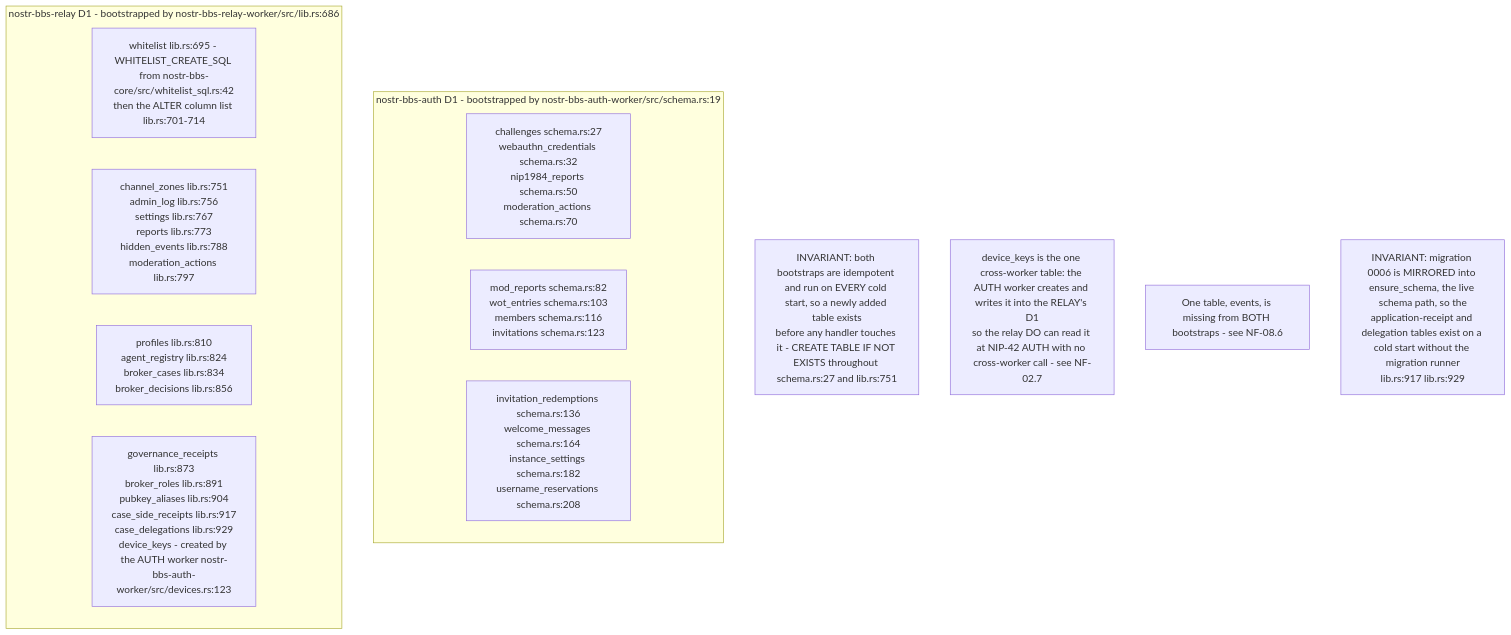
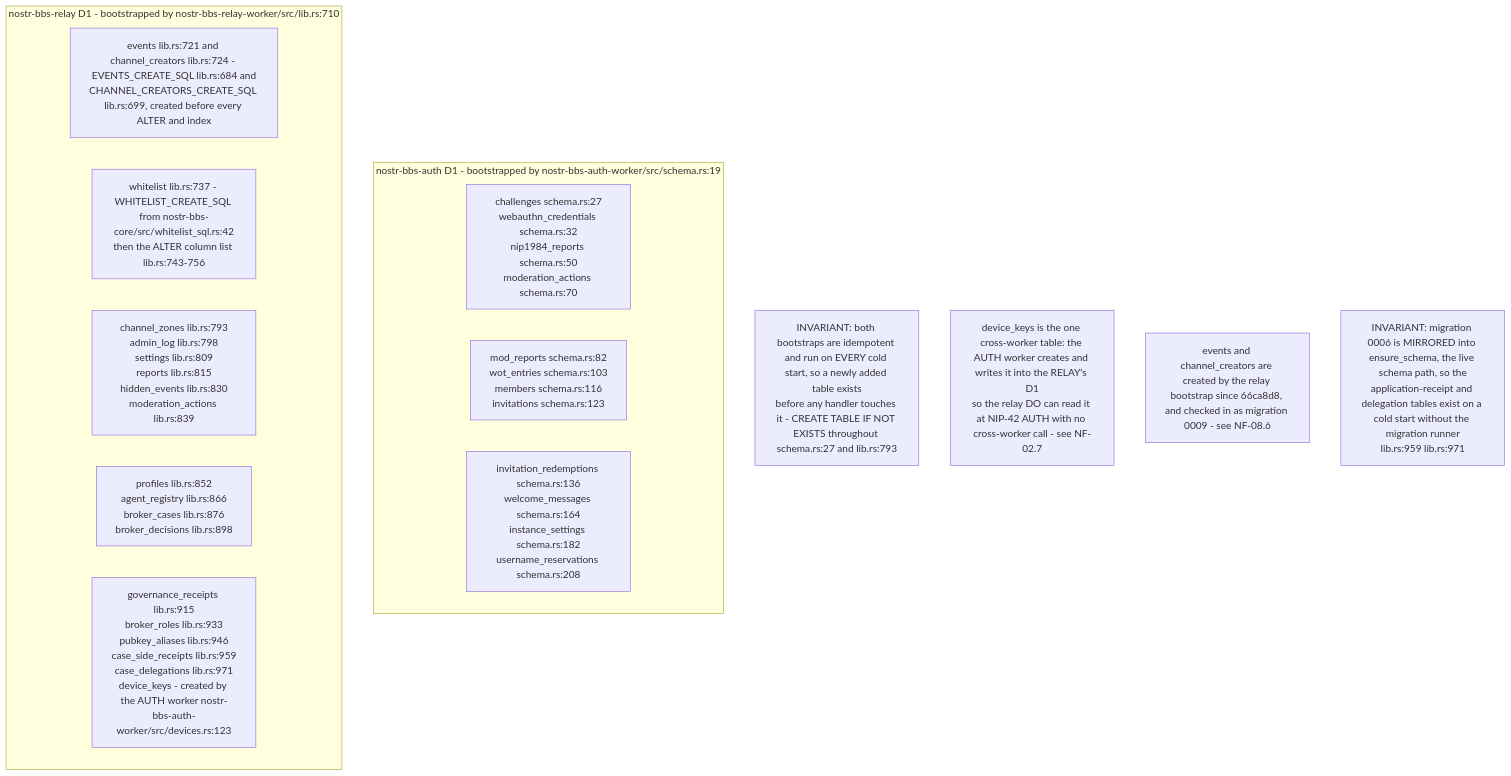
One commit to DreamLab-AI/VisionFlow changed the fifth of 9 diagrams in docs/diagrams/nostr-rust-forum/08-config-zones-stores-and-admin-authority.md. Above: the diagram before and after it, drawn with Mermaid. The commit also changed other lines of this file and 26 other files, not shown here.

First line of the commit message:
docs(diagrams): re-verify solid-pod-rs, nostr-rust-forum and visionclaw 22/36 against HEAD

````diff
--- a/docs/diagrams/nostr-rust-forum/08-config-zones-stores-and-admin-authority.md
+++ b/docs/diagrams/nostr-rust-forum/08-config-zones-stores-and-admin-authority.md
@@ -165,19 +167,20 @@
 ```mermaid
 flowchart TB
     subgraph authd1["nostr-bbs-auth D1 - bootstrapped by nostr-bbs-auth-worker/src/schema.rs:19"]
         A1["challenges schema.rs:27<br/>webauthn_credentials schema.rs:32<br/>nip1984_reports schema.rs:50<br/>moderation_actions schema.rs:70"]
         A2["mod_reports schema.rs:82<br/>wot_entries schema.rs:103<br/>members schema.rs:116<br/>invitations schema.rs:123"]
         A3["invitation_redemptions schema.rs:136<br/>welcome_messages schema.rs:164<br/>instance_settings schema.rs:182<br/>username_reservations schema.rs:208"]
     end
-    subgraph relayd1["nostr-bbs-relay D1 - bootstrapped by nostr-bbs-relay-worker/src/lib.rs:686"]
-        R0["whitelist lib.rs:695 - WHITELIST_CREATE_SQL from nostr-bbs-core/src/whitelist_sql.rs:42<br/>then the ALTER column list lib.rs:701-714"]
-        R1["channel_zones lib.rs:751<br/>admin_log lib.rs:756<br/>settings lib.rs:767<br/>reports lib.rs:773<br/>hidden_events lib.rs:788<br/>moderation_actions lib.rs:797"]
-        R2["profiles lib.rs:810<br/>agent_registry lib.rs:824<br/>broker_cases lib.rs:834<br/>broker_decisions lib.rs:856"]
-        R3["governance_receipts lib.rs:873<br/>broker_roles lib.rs:891<br/>pubkey_aliases lib.rs:904<br/>case_side_receipts lib.rs:917<br/>case_delegations lib.rs:929<br/>device_keys - created by the AUTH worker nostr-bbs-auth-worker/src/devices.rs:123"]
+    subgraph relayd1["nostr-bbs-relay D1 - bootstrapped by nostr-bbs-relay-worker/src/lib.rs:710"]
+        RE["events lib.rs:721 and channel_creators lib.rs:724 - EVENTS_CREATE_SQL lib.rs:684 and<br/>CHANNEL_CREATORS_CREATE_SQL lib.rs:699, created before every ALTER and index"]
+        R0["whitelist lib.rs:737 - WHITELIST_CREATE_SQL from nostr-bbs-core/src/whitelist_sql.rs:42<br/>then the ALTER column list lib.rs:743-756"]
+        R1["channel_zones lib.rs:793<br/>admin_log lib.rs:798<br/>settings lib.rs:809<br/>reports lib.rs:815<br/>hidden_events lib.rs:830<br/>moderation_actions lib.rs:839"]
+        R2["profiles lib.rs:852<br/>agent_registry lib.rs:866<br/>broker_cases lib.rs:876<br/>broker_decisions lib.rs:898"]
+        R3["governance_receipts lib.rs:915<br/>broker_roles lib.rs:933<br/>pubkey_aliases lib.rs:946<br/>case_side_receipts lib.rs:959<br/>case_delegations lib.rs:971<br/>device_keys - created by the AUTH worker nostr-bbs-auth-worker/src/devices.rs:123"]
     end
 
-    N1["INVARIANT: both bootstraps are idempotent and run on EVERY cold start, so a newly added table exists<br/>before any handler touches it - CREATE TABLE IF NOT EXISTS throughout schema.rs:27 and lib.rs:751"]
+    N1["INVARIANT: both bootstraps are idempotent and run on EVERY cold start, so a newly added table exists<br/>before any handler touches it - CREATE TABLE IF NOT EXISTS throughout schema.rs:27 and lib.rs:793"]
     N2["device_keys is the one cross-worker table: the AUTH worker creates and writes it into the RELAY's D1<br/>so the relay DO can read it at NIP-42 AUTH with no cross-worker call - see NF-02.7"]
-    N3["One table, events, is missing from BOTH bootstraps - see NF-08.6"]
-    N4["INVARIANT: migration 0006 is MIRRORED into ensure_schema, the live schema path, so the<br/>application-receipt and delegation tables exist on a cold start without the migration runner<br/>lib.rs:917 lib.rs:929"]
+    N3["events and channel_creators are created by the relay bootstrap since 66ca8d8, and checked in as migration 0009 - see NF-08.6"]
+    N4["INVARIANT: migration 0006 is MIRRORED into ensure_schema, the live schema path, so the<br/>application-receipt and delegation tables exist on a cold start without the migration runner<br/>lib.rs:959 lib.rs:971"]
 ```
````
